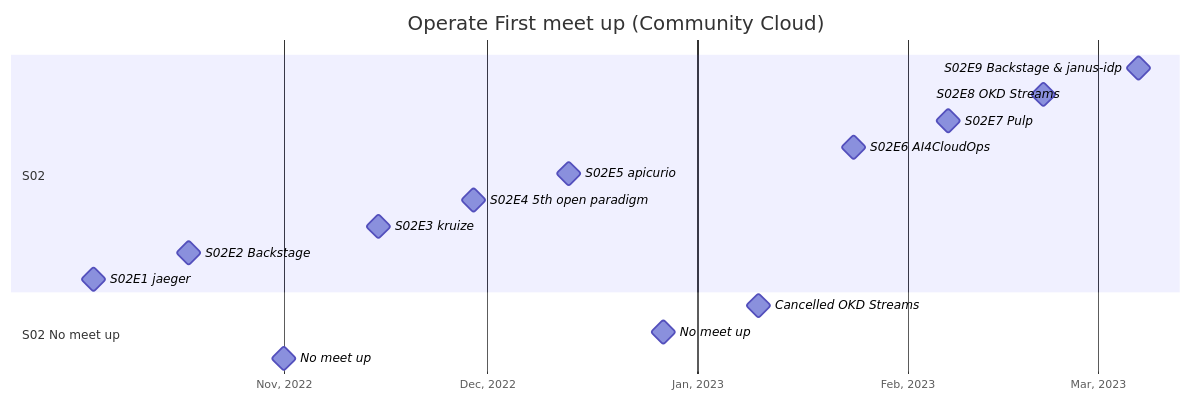
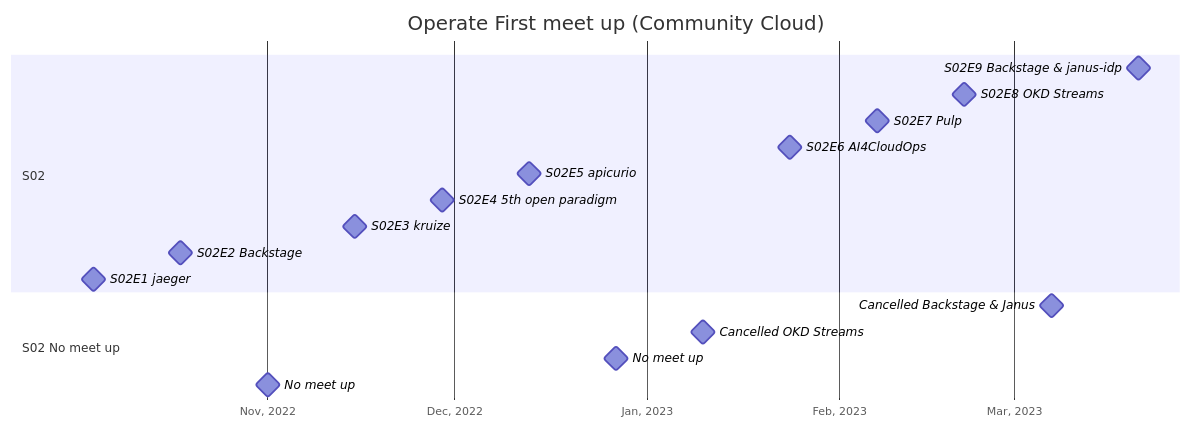
One commit to operate-first/communitycloud-meetup changed the first of 2 diagrams in README.md. Above: the diagram before and after it, drawn with Mermaid. The commit also changed other lines of this file, not shown here.

````diff
--- a/README.md
+++ b/README.md
@@ -15,23 +15,24 @@
 ```mermaid
 gantt
     title Operate First meet up (Community Cloud)
     dateFormat YYYY-MM-DD
     axisFormat %b, %Y
     todayMarker on
     
     section S02
-    S02E9 Backstage & janus-idp :milestone, S02E09, 2023-03-07, 1h    
+    S02E9 Backstage & janus-idp :milestone, S02E09, 2023-03-21, 1h
     S02E8 OKD Streams       :milestone, S02E08, 2023-02-21, 1h
     S02E7 Pulp              :milestone, S02E07, 2023-02-07, 1h
     S02E6 AI4CloudOps       :milestone, S02E06, 2023-01-24, 1h
     S02E5 apicurio          :milestone, S02E05, 2022-12-13, 1h
     S02E4 5th open paradigm :milestone, S02E04, 2022-11-29, 1h
     S02E3 kruize            :milestone, S02E03, 2022-11-15, 1h
     S02E2 Backstage         :milestone, S02E02, 2022-10-18, 1h
     S02E1 jaeger            :milestone, S02E01, 2022-10-04, 1h
     
     section S02 No meet up
+    Cancelled Backstage & Janus   :milestone, S02N03, 2023-03-07, 1h
     Cancelled OKD Streams   :milestone, S02N03, 2023-01-10, 1h
     No meet up              :milestone, S02N02, 2022-12-27, 1h
     No meet up              :milestone, S02N01, 2022-11-01, 1h
 ```
````
